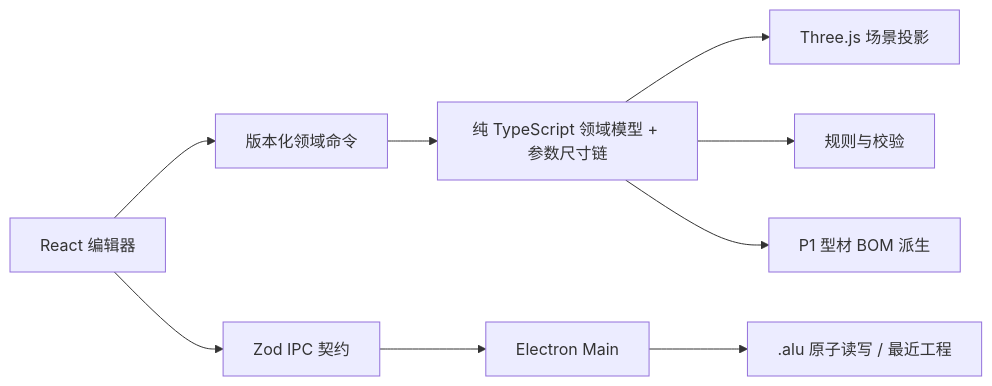
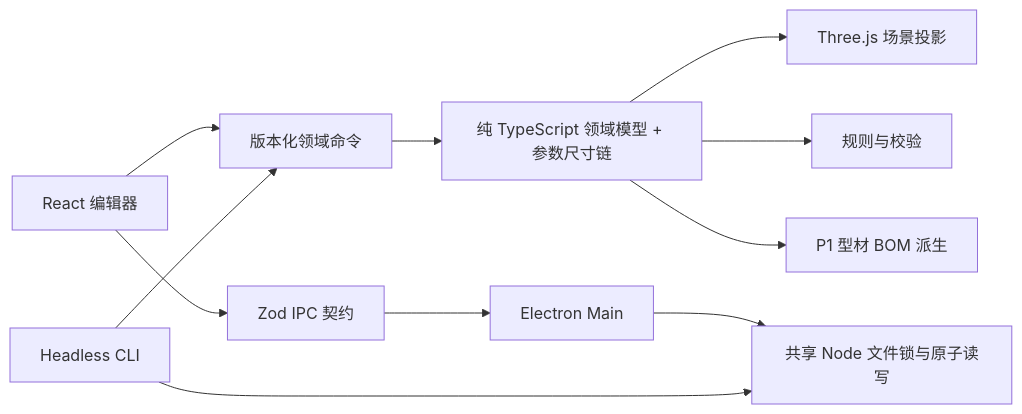
One commit to OWRIG/alu changed the diagram in docs/engineering/architecture.md. Above: the diagram before and after it, drawn with Mermaid. The commit also changed other lines of this file and 38 other files, not shown here.

Commit message:
feat: add headless ALU CLI

````diff
--- a/docs/engineering/architecture.md
+++ b/docs/engineering/architecture.md
@@ -9,11 +9,13 @@
 ```mermaid
 flowchart LR
   UI["React 编辑器"] --> CMD["版本化领域命令"]
+  CLI["Headless CLI"] --> CMD
   CMD --> DOMAIN["纯 TypeScript 领域模型 + 参数尺寸链"]
   DOMAIN --> VIEW["Three.js 场景投影"]
   DOMAIN --> RULES["规则与校验"]
   DOMAIN --> BOM["P1 型材 BOM 派生"]
   UI --> IPC["Zod IPC 契约"]
   IPC --> MAIN["Electron Main"]
-  MAIN --> FILES[".alu 原子读写 / 最近工程"]
+  MAIN --> FILES["共享 Node 文件锁与原子读写"]
+  CLI --> FILES
 ```
````
